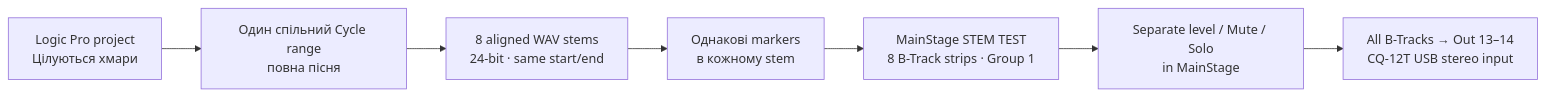
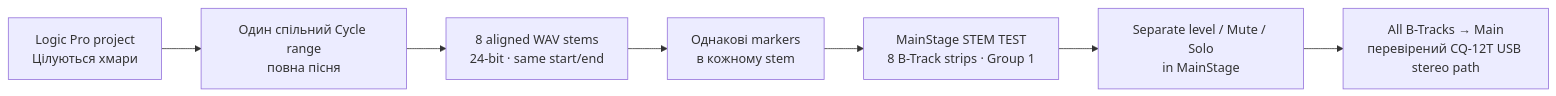
The diagram in docs/30-stems-and-cq12t-mixing.md (andmev/Concert), drawn with Mermaid before and after one commit. The commit also changed other lines of this file and 4 other files, not shown here.

````diff
--- a/docs/30-stems-and-cq12t-mixing.md
+++ b/docs/30-stems-and-cq12t-mixing.md
@@ -37,12 +37,12 @@
 ```mermaid
 flowchart LR
     Logic["Logic Pro project\nЦілуються хмари"]
     Cycle["Один спільний Cycle range\nповна пісня"]
     Stems["8 aligned WAV stems\n24-bit · same start/end"]
     Markers["Однакові markers\nв кожному stem"]
     MS["MainStage STEM TEST\n8 B-Track strips · Group 1"]
     Mix["Separate level / Mute / Solo\nin MainStage"]
-    CQ["All B-Tracks → Out 13–14\nCQ-12T USB stereo input"]
+    CQ["All B-Tracks → Main\nперевірений CQ-12T USB stereo path"]
 
     Logic --> Cycle --> Stems --> Markers --> MS --> Mix --> CQ
 ```
````
